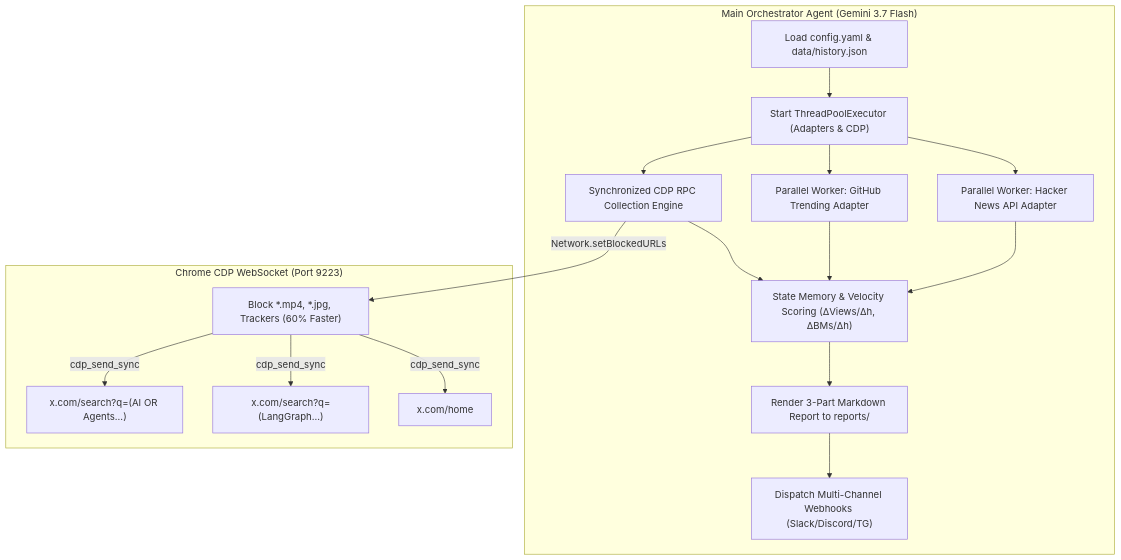
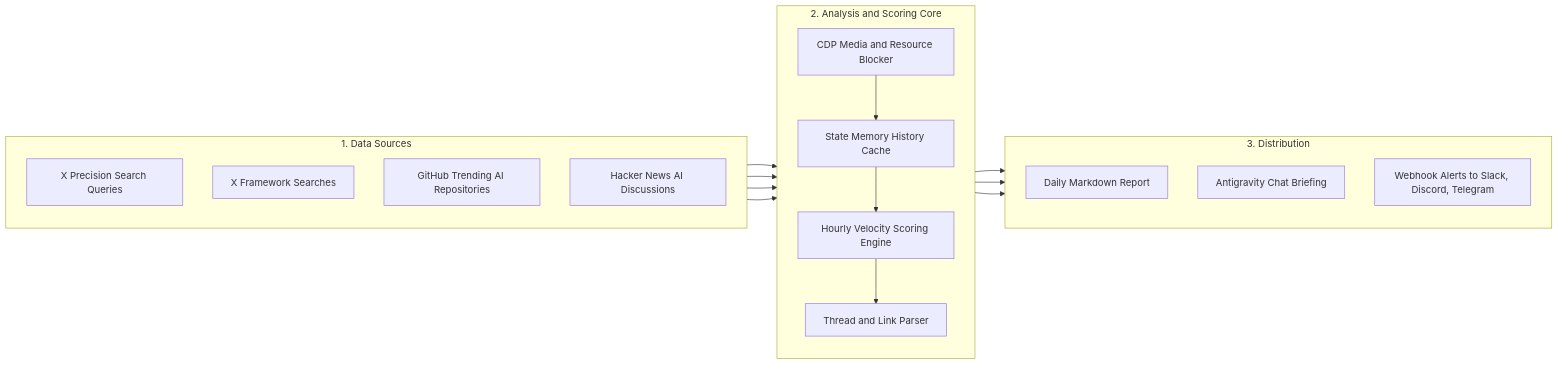
Before and after one commit to nanbada/X-AI-Radar: the diagram in AGENTS.md, drawn with Mermaid. The commit also changed 2 other files, not shown here.

Commit message:
fix(docs): resolve GitHub Mermaid rendering issue by refactoring subgraph node linkages

````diff
--- a/AGENTS.md
+++ b/AGENTS.md
@@ -25,20 +25,36 @@
 ```mermaid
-flowchart TD
-    subgraph Controller ["Main Orchestrator Agent (Gemini 3.7 Flash)"]
-        A["Load config.yaml & data/history.json"] --> B["Start ThreadPoolExecutor (Adapters & CDP)"]
-        B --> D["Synchronized CDP RPC Collection Engine"]
-        B --> E1["Parallel Worker: GitHub Trending Adapter"]
-        B --> E2["Parallel Worker: Hacker News API Adapter"]
-        
-        D & E1 & E2 --> F["State Memory & Velocity Scoring (ΔViews/Δh, ΔBMs/Δh)"]
-        F --> G["Render 3-Part Markdown Report to reports/"]
-        G --> H["Dispatch Multi-Channel Webhooks (Slack/Discord/TG)"]
+flowchart LR
+    subgraph Sources ["1. Data Sources"]
+        direction TB
+        A1["X Precision Search Queries"]
+        A2["X Framework Searches"]
+        A3["GitHub Trending AI Repositories"]
+        A4["Hacker News AI Discussions"]
     end
 
-    subgraph BrowserSubagent ["Chrome CDP WebSocket (Port 9223)"]
-        D -->|Network.setBlockedURLs| C0["Block *.mp4, *.jpg, Trackers (60% Faster)"]
-        C0 -->|cdp_send_sync| C1["x.com/search?q=(AI OR Agents...)"]
-        C0 -->|cdp_send_sync| C2["x.com/search?q=(LangGraph...)"]
-        C0 -->|cdp_send_sync| C3["x.com/home"]
+    subgraph Core ["2. Analysis and Scoring Core"]
+        direction TB
+        B1["CDP Media and Resource Blocker"]
+        B2["State Memory History Cache"]
+        B3["Hourly Velocity Scoring Engine"]
+        B4["Thread and Link Parser"]
     end
+
+    subgraph Outputs ["3. Distribution"]
+        direction TB
+        C1["Daily Markdown Report"]
+        C2["Antigravity Chat Briefing"]
+        C3["Webhook Alerts to Slack, Discord, Telegram"]
+    end
+
+    A1 --> B1
+    A2 --> B1
+    A3 --> B3
+    A4 --> B3
+    B1 --> B2
+    B2 --> B3
+    B3 --> B4
+    B4 --> C1
+    B4 --> C2
+    B4 --> C3
 ```
````
